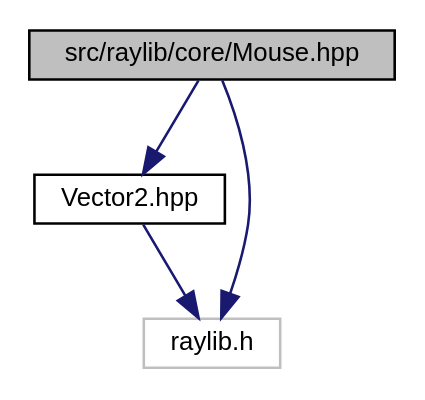
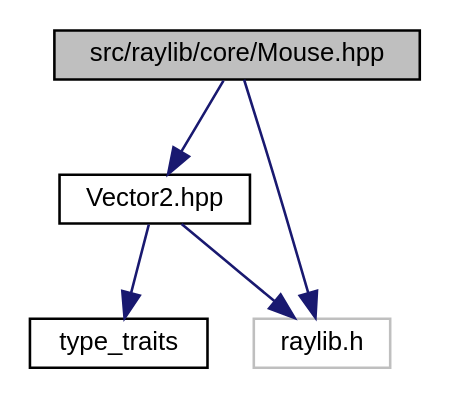
One commit to MisterPeModder/Bomberman-Global-Offensive changed the diagram in _mouse_8hpp__incl.dot. Above: the diagram before and after it, drawn with Graphviz. The commit also changed 409 other files, not shown here.

Commit message:
Deploying to gh-pages from @ MisterPeModder/Bomberman-Global-Offensive@ab1bae0a3c45851998e872f0a22c7a9de02e83da 🚀

```diff
--- a/_mouse_8hpp__incl.dot
+++ b/_mouse_8hpp__incl.dot
@@ -1,12 +1,14 @@
 digraph "src/raylib/core/Mouse.hpp"
 {
  // LATEX_PDF_SIZE
   edge [fontname="Helvetica",fontsize="10",labelfontname="Helvetica",labelfontsize="10"];
   node [fontname="Helvetica",fontsize="10",shape=record];
   Node1 [label="src/raylib/core/Mouse.hpp",height=0.2,width=0.4,color="black", fillcolor="grey75", style="filled", fontcolor="black",tooltip=" "];
   Node1 -> Node2 [color="midnightblue",fontsize="10",style="solid",fontname="Helvetica"];
   Node2 [label="Vector2.hpp",height=0.2,width=0.4,color="black", fillcolor="white", style="filled",URL="$_vector2_8hpp.html",tooltip=" "];
   Node2 -> Node3 [color="midnightblue",fontsize="10",style="solid",fontname="Helvetica"];
-  Node3 [label="raylib.h",height=0.2,width=0.4,color="grey75", fillcolor="white", style="filled",tooltip=" "];
-  Node1 -> Node3 [color="midnightblue",fontsize="10",style="solid",fontname="Helvetica"];
+  Node3 [label="type_traits",height=0.2,width=0.4,color="black", fillcolor="white", style="filled",URL="/home/runner/work/Bomberman-Global-Offensive/Bomberman-Global-Offensive/doc/external/cppreference-doxygen-web.tag.xml$cpp/header/type_traits.html",tooltip=" "];
+  Node2 -> Node4 [color="midnightblue",fontsize="10",style="solid",fontname="Helvetica"];
+  Node4 [label="raylib.h",height=0.2,width=0.4,color="grey75", fillcolor="white", style="filled",tooltip=" "];
+  Node1 -> Node4 [color="midnightblue",fontsize="10",style="solid",fontname="Helvetica"];
 }
```
